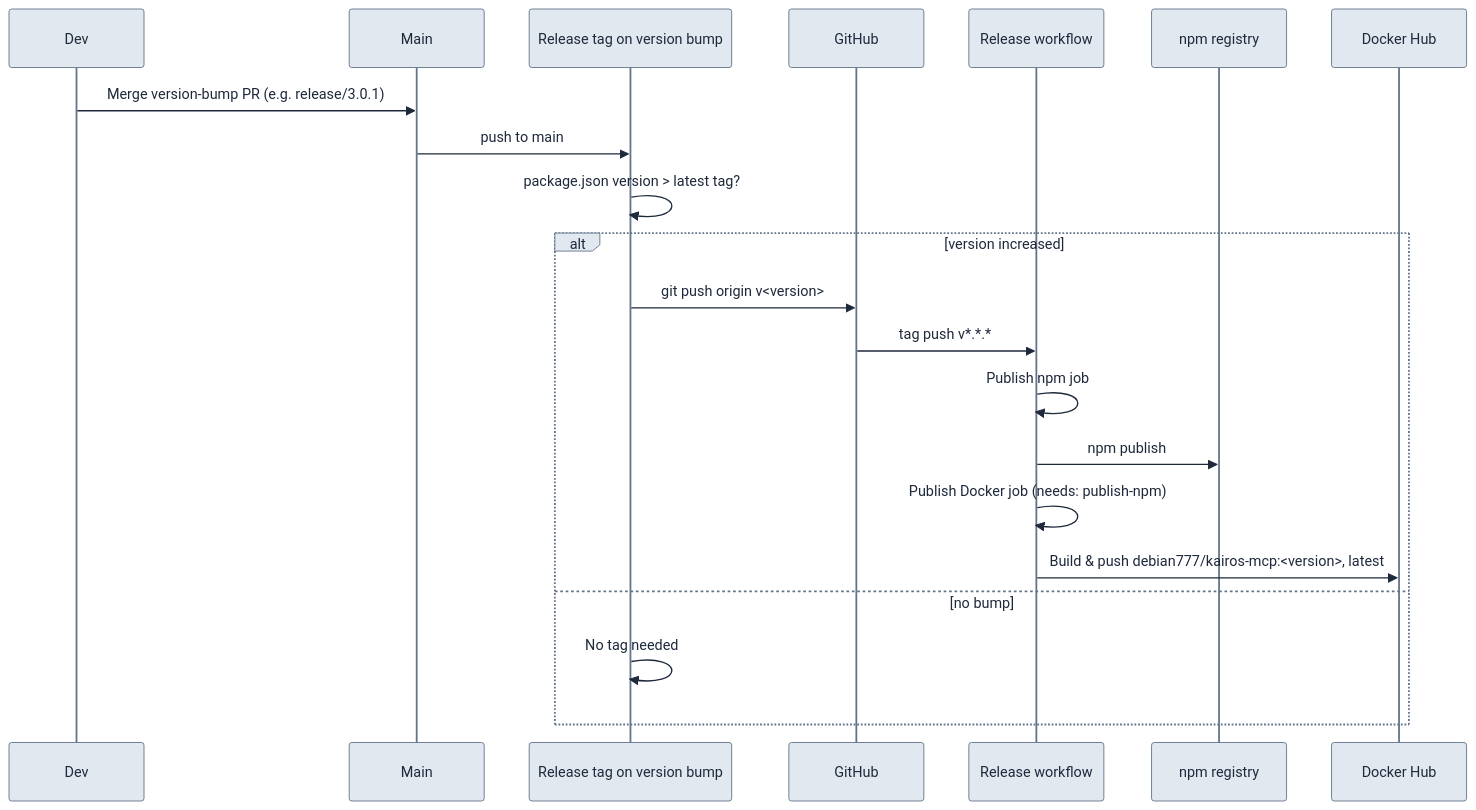
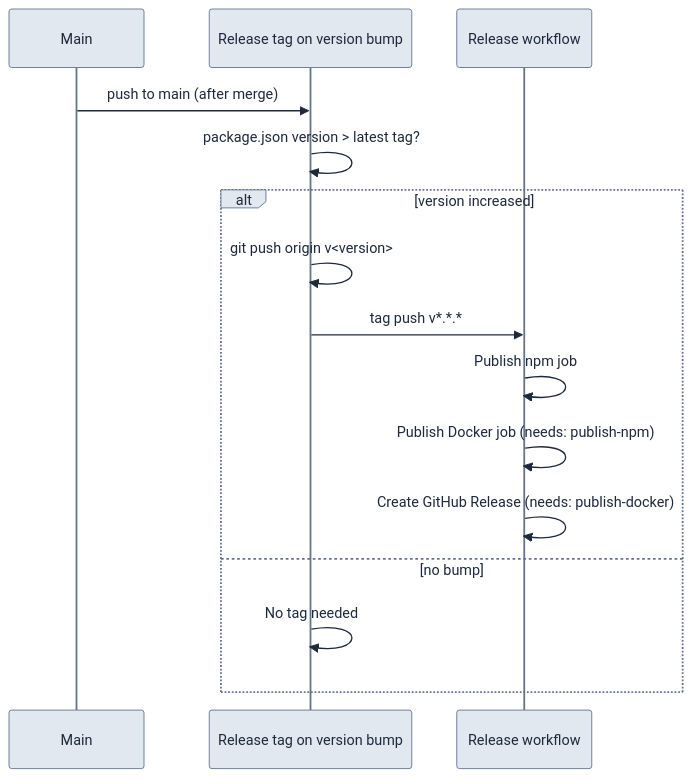
One commit to debian777/kairos-mcp changed the third of 3 diagrams in .github/workflows/README.md. Above: the diagram before and after it, drawn with Mermaid. The commit also changed other lines of this file and 7 other files, not shown here.

First line of the commit message:
fix(release): single release path, GitHub Release, beta tag, bump 3.0.1-beta.7

````diff
--- a/.github/workflows/README.md
+++ b/.github/workflows/README.md
@@ -137,25 +107,19 @@
 ```mermaid
 %%{init: {'theme':'base', 'themeVariables': { 'primaryColor':'#e2e8f0', 'primaryTextColor':'#1e293b', 'primaryBorderColor':'#64748b', 'lineColor':'#64748b', 'secondaryColor':'#fef3c7', 'tertiaryColor':'#dcfce7' }}}%%
 sequenceDiagram
-  participant Dev as Dev #e2e8f0
   participant Main as Main #e2e8f0
   participant RTAG as Release tag on version bump #fef3c7
-  participant GitHub as GitHub #e2e8f0
   participant REL as Release workflow #fef3c7
-  participant NPM as npm registry #fde68a
-  participant DH as Docker Hub #fde68a
 
-  Dev->>Main: Merge version-bump PR (e.g. release/3.0.1)
-  Main->>RTAG: push to main
+  Main->>RTAG: push to main (after merge)
   RTAG->>RTAG: package.json version > latest tag?
   alt version increased
-    RTAG->>GitHub: git push origin v<version>
-    GitHub->>REL: tag push v*.*.*
-    REL->>REL: Publish npm job
-    REL->>NPM: npm publish
-    REL->>REL: Publish Docker job (needs: publish-npm)
-    REL->>DH: Build & push debian777/kairos-mcp:<version>, latest
+    RTAG->>RTAG: git push origin v<version>
+  RTAG->>REL: tag push v*.*.*
+  REL->>REL: Publish npm job
+  REL->>REL: Publish Docker job (needs: publish-npm)
+  REL->>REL: Create GitHub Release (needs: publish-docker)
   else no bump
     RTAG->>RTAG: No tag needed
   end
 ```
````
